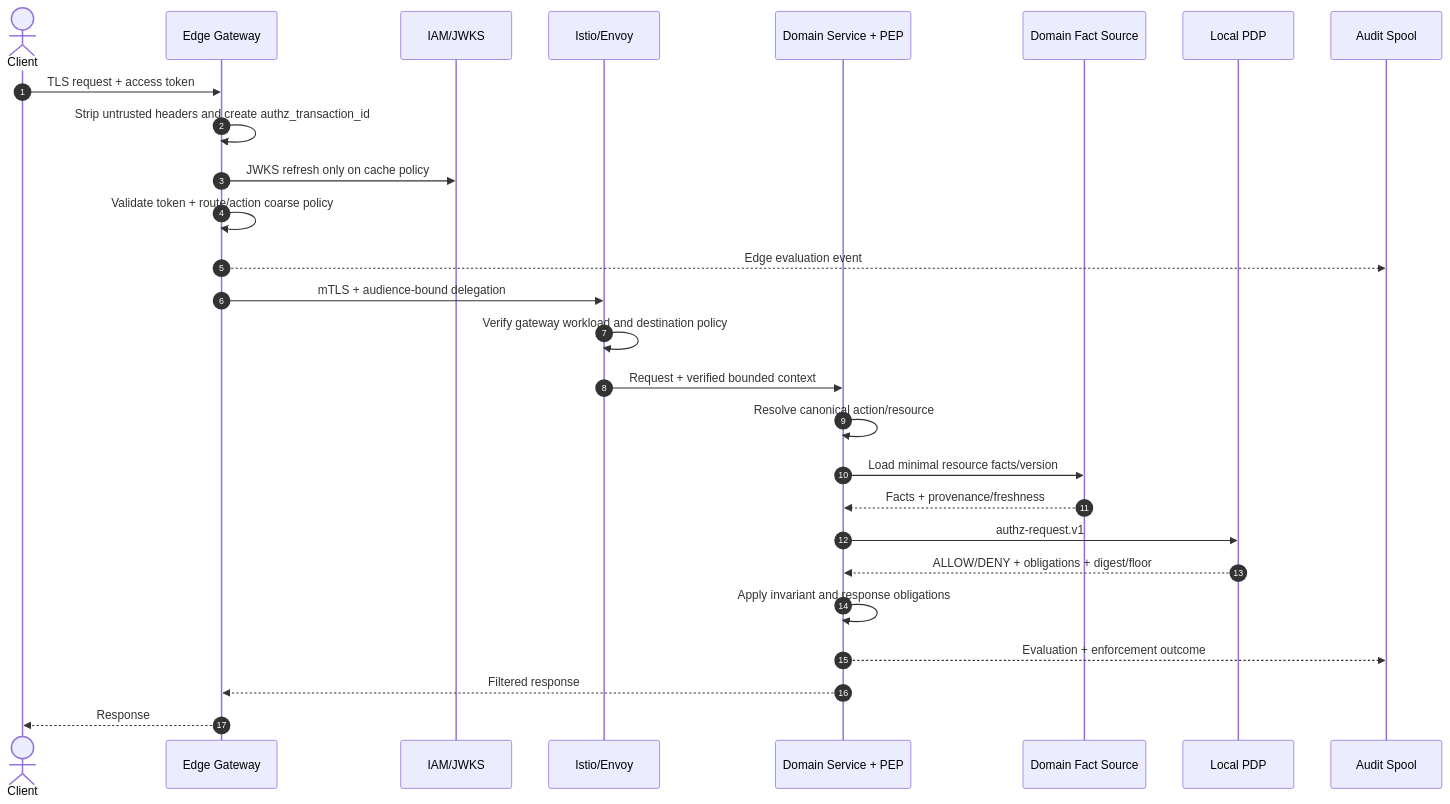
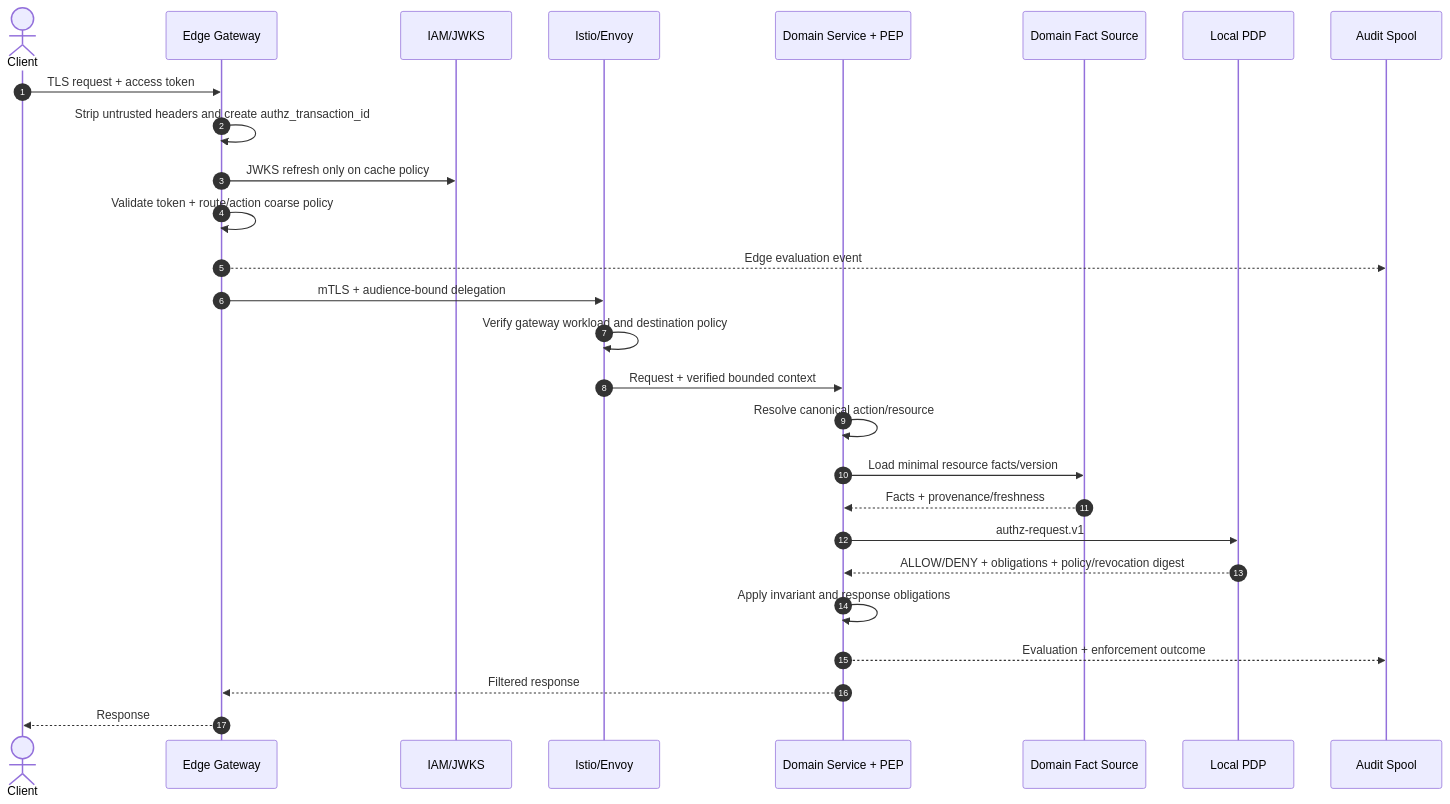
The tenth of 16 diagrams in zero-trust.md (huynv-xyz/vhm), drawn with Mermaid before and after one commit. The commit also changed other lines of this file, not shown here.

````diff
--- a/zero-trust.md
+++ b/zero-trust.md
@@ -908,30 +1212,30 @@
 ```mermaid
 sequenceDiagram
     autonumber
     actor C as Client
     participant E as Edge Gateway
     participant I as IAM/JWKS
     participant M as Istio/Envoy
     participant S as Domain Service + PEP
     participant F as Domain Fact Source
     participant P as Local PDP
     participant A as Audit Spool
 
     C->>E: TLS request + access token
     E->>E: Strip untrusted headers and create authz_transaction_id
     E->>I: JWKS refresh only on cache policy
     E->>E: Validate token + route/action coarse policy
     E-->>A: Edge evaluation event
     E->>M: mTLS + audience-bound delegation
     M->>M: Verify gateway workload and destination policy
     M->>S: Request + verified bounded context
     S->>S: Resolve canonical action/resource
     S->>F: Load minimal resource facts/version
     F-->>S: Facts + provenance/freshness
     S->>P: authz-request.v1
-    P-->>S: ALLOW/DENY + obligations + digest/floor
+    P-->>S: ALLOW/DENY + obligations + policy/revocation digest
     S->>S: Apply invariant and response obligations
     S-->>A: Evaluation + enforcement outcome
     S-->>E: Filtered response
     E-->>C: Response
 ```
````
